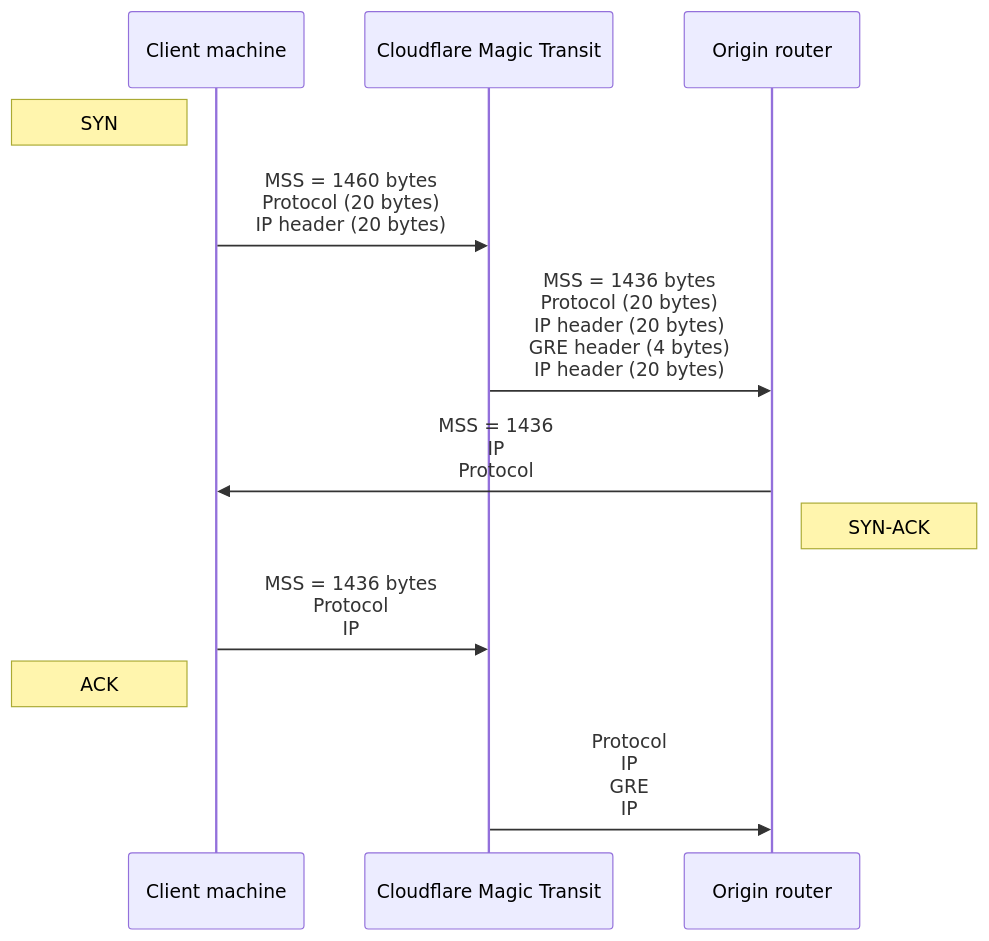
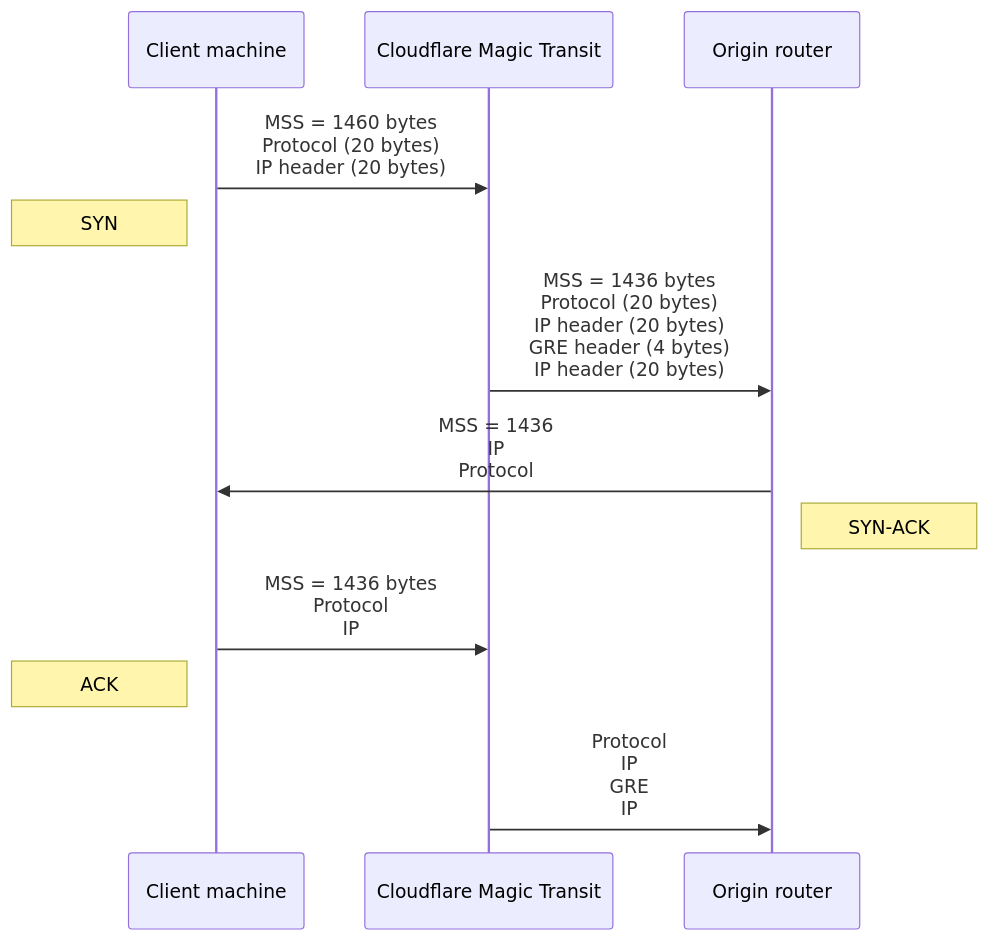
One commit to cloudflare/cloudflare-docs changed the diagram in content/magic-wan/prerequisites.md. Above: the diagram before and after it, drawn with Mermaid. The commit also changed other lines of this file and 1 other file, not shown here.

````diff
--- a/content/magic-wan/prerequisites.md
+++ b/content/magic-wan/prerequisites.md
@@ -20,16 +20,16 @@
 ```mermaid
 sequenceDiagram
 accTitle: Magic WAN
 accDescr: Maximum segment size
 participant A as Client machine
 participant B as Cloudflare Magic Transit
 participant C as Origin router
+A->>B: MSS = 1460 bytes <br> Protocol (20 bytes) <br> IP header (20 bytes)
 Note left of A: SYN
-A->>B: MSS = 1460 bytes <br> Protocol (20 bytes) <br> IP header (20 bytes)
 B->>C: MSS = 1436 bytes <br> Protocol (20 bytes) <br> IP header (20 bytes) <br> GRE header (4 bytes) <br> IP header (20 bytes)
 C->>A: MSS = 1436 <br> IP <br> Protocol
 Note right of C: SYN-ACK
 A->>B: MSS = 1436 bytes <br> Protocol <br> IP
 Note left of A: ACK
 B->>C: Protocol <br> IP <br> GRE <br> IP
 ```
````
